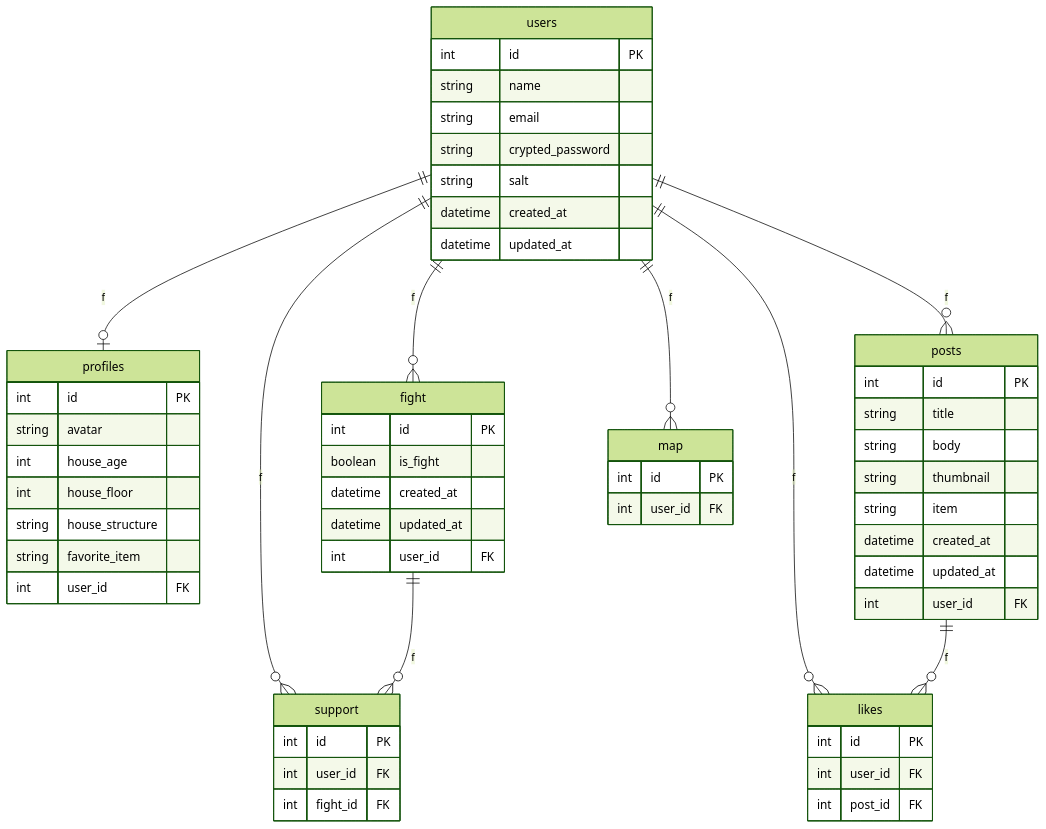
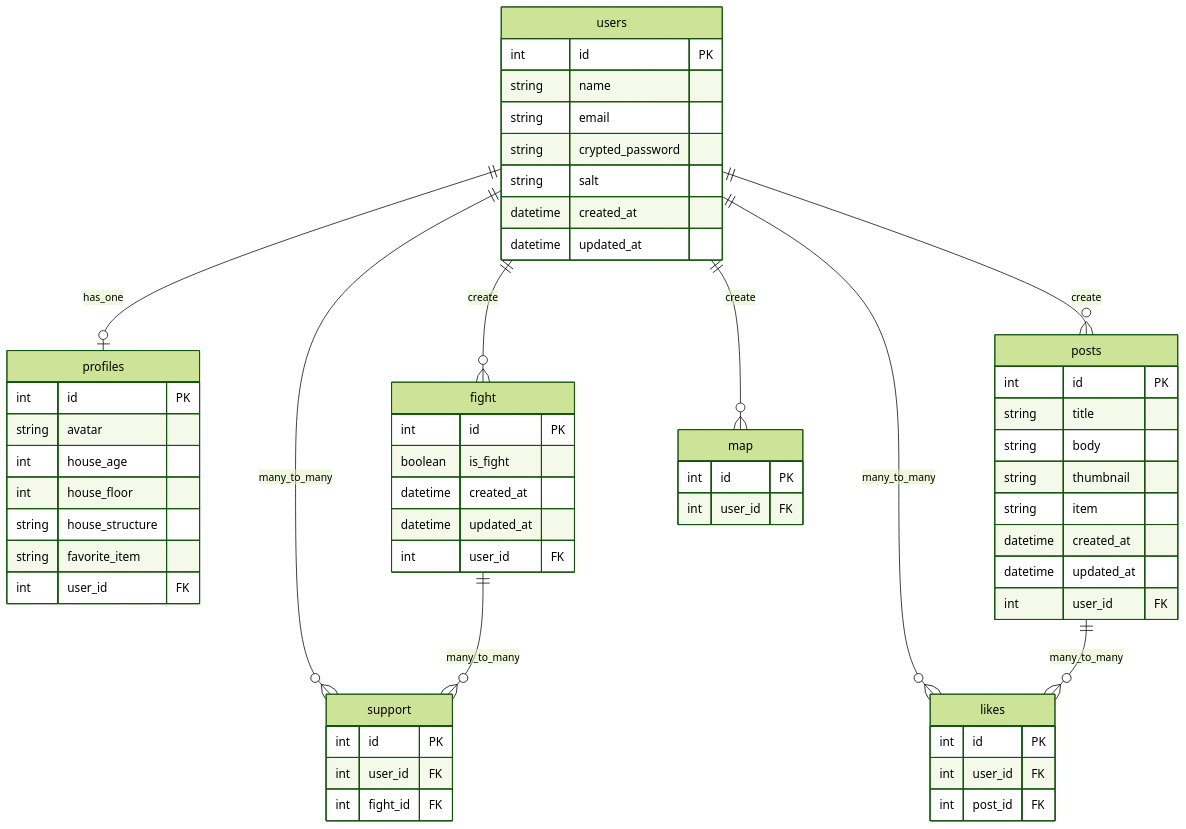
Before and after one commit to hagimoto0943/goki-network: the diagram in README.md, drawn with Mermaid (forest theme).

Commit message:
er図のrelation編集

````diff
--- a/README.md
+++ b/README.md
@@ -61,64 +61,64 @@
 ```mermaid
 erDiagram
-users ||--o| profiles : f
-users ||--o{ fight : f
-users ||--o{ posts : f
-users ||--o{ likes : f
-users ||--o{ support : f
-fight ||--o{ support : f
-users ||--o{ map : f
-posts ||--o{ likes : f
+users ||--o| profiles : has_one
+users ||--o{ fight : create
+users ||--o{ posts : create
+users ||--o{ likes : many_to_many
+users ||--o{ support : many_to_many
+fight ||--o{ support : many_to_many
+users ||--o{ map : create
+posts ||--o{ likes : many_to_many
 
   users {
     int id PK
     string name
     string email
     string crypted_password
     string salt
     datetime created_at
     datetime updated_at
   }
   profiles {
     int id PK
     string avatar
     int house_age
     int house_floor
     string house_structure
     string favorite_item
     int user_id FK
   }
   posts {
     int id PK
     string title
     string body
     string thumbnail
     string item
     datetime created_at
     datetime updated_at
     int user_id FK
   }
   fight {
     int id PK
     boolean is_fight
     datetime created_at
     datetime updated_at
     int user_id FK
   }
   likes {
     int id PK
     int user_id FK
     int post_id FK
   }
 
   support{
     int id PK
     int user_id FK
     int fight_id FK
   }
   map {
     int id PK
     int user_id FK
   }
 
 
 ```
````
